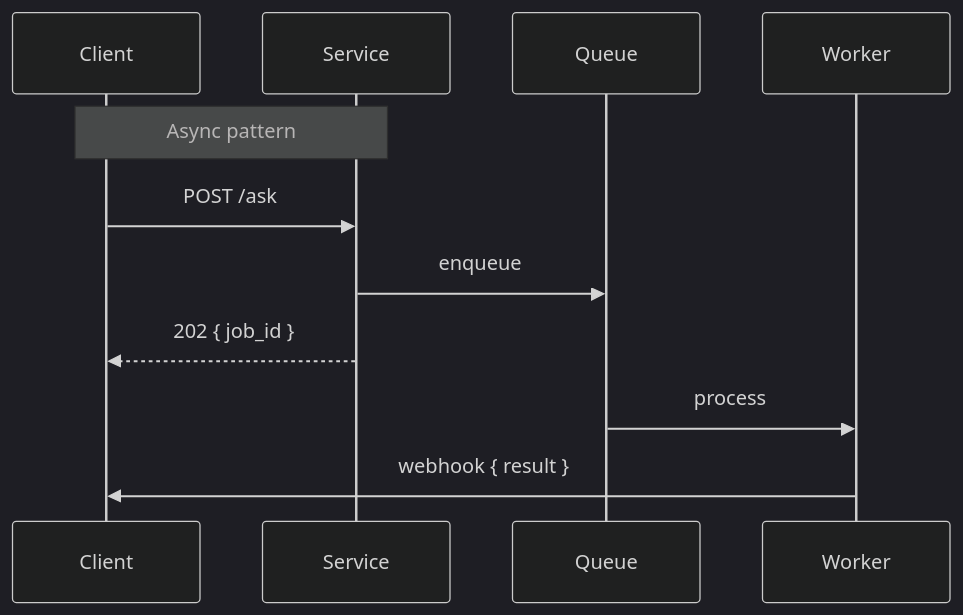
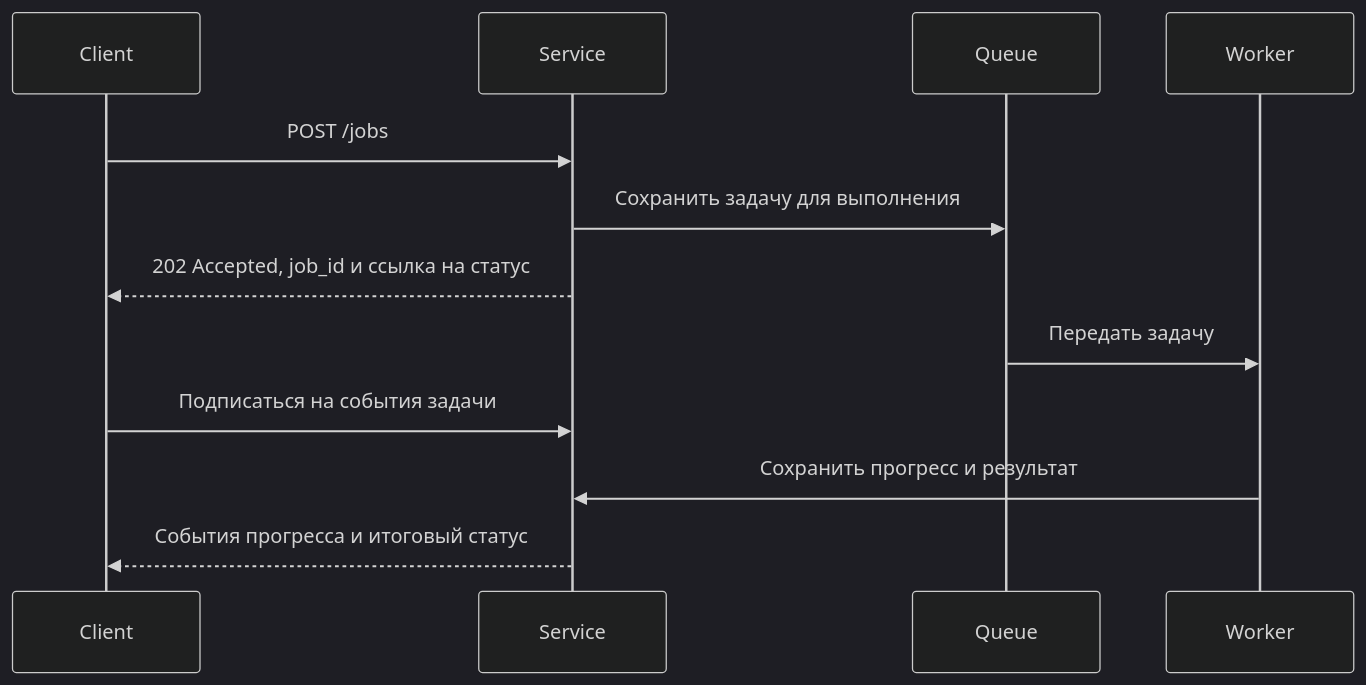
Before and after one commit to akeverus/cheat-sheet: the sixth of 10 diagrams in cheatsheets/interview/ai-ml/ai-application-architecture-interview.md, drawn with Mermaid (dark theme). The commit also changed other lines of this file and 154 other files, not shown here.

````diff
--- a/cheatsheets/interview/ai-ml/ai-application-architecture-interview.md
+++ b/cheatsheets/interview/ai-ml/ai-application-architecture-interview.md
@@ -542,14 +416,15 @@
 ```mermaid
 sequenceDiagram
     participant C as Client
     participant S as Service
     participant Q as Queue
     participant W as Worker
 
-    Note over C,S: Async pattern
-    C->>S: POST /ask
-    S->>Q: enqueue
-    S-->>C: 202 { job_id }
-    Q->>W: process
-    W->>C: webhook { result }
+    C->>S: POST /jobs
+    S->>Q: Сохранить задачу для выполнения
+    S-->>C: 202 Accepted, job_id и ссылка на статус
+    Q->>W: Передать задачу
+    C->>S: Подписаться на события задачи
+    W->>S: Сохранить прогресс и результат
+    S-->>C: События прогресса и итоговый статус
 ```
````
